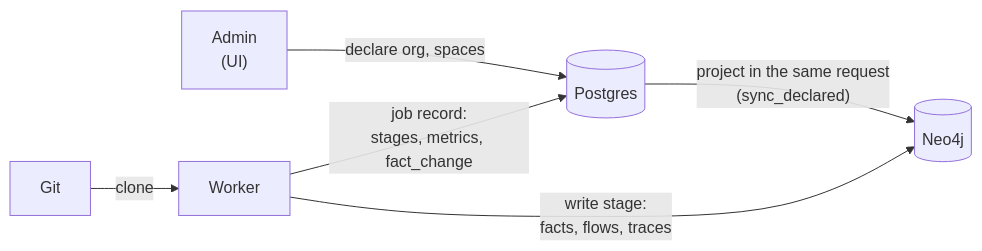
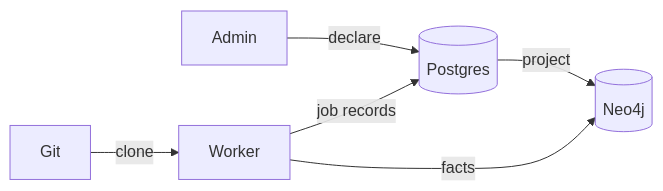
Before and after one commit to KBavis/steno: the diagram in docs/how-it-works/storage.md, drawn with Mermaid. The commit also changed other lines of this file and 35 other files, not shown here.

First line of the commit message:
docs: simplify the docs and record D150 (flows-first routing)

````diff
--- a/docs/how-it-works/storage.md
+++ b/docs/how-it-works/storage.md
@@ -13,8 +11,8 @@
 ```mermaid
 flowchart LR
-    ADM["Admin<br/>(UI)"] -- "declare org, spaces" --> PG[("Postgres")]
-    PG -- "project in the same request<br/>(sync_declared)" --> NEO[("Neo4j")]
+    ADM["Admin"] -- "declare" --> PG[("Postgres")]
+    PG -- "project" --> NEO[("Neo4j")]
     GIT["Git"] -- "clone" --> WK["Worker"]
-    WK -- "write stage:<br/>facts, flows, traces" --> NEO
-    WK -- "job record:<br/>stages, metrics, fact_change" --> PG
+    WK -- "facts" --> NEO
+    WK -- "job records" --> PG
 ```
````
